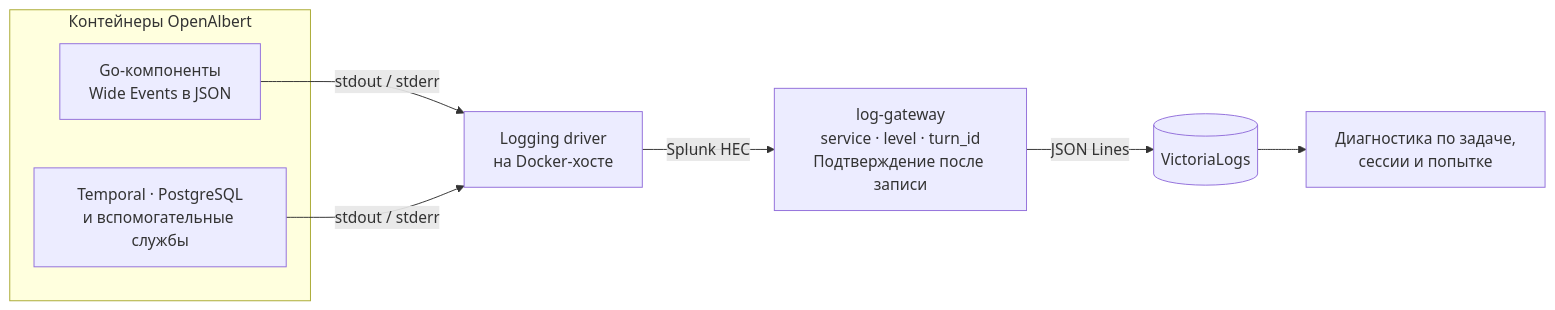
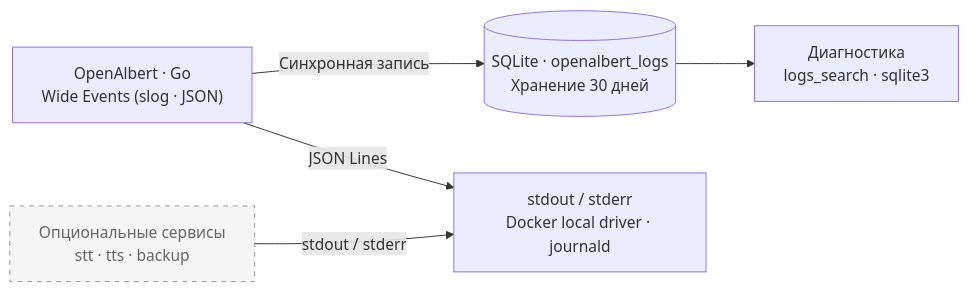
Before and after one commit to mishankov/OpenAlbert: the diagram in docs/diagrams/logging-pipeline.mmd, drawn with Mermaid. The commit also changed 201 other files, not shown here.

```diff
--- a/docs/diagrams/logging-pipeline.mmd
+++ b/docs/diagrams/logging-pipeline.mmd
@@ -1,16 +1,15 @@
 flowchart LR
-    accTitle: Доставка логов в VictoriaLogs
-    accDescr: Собственный код OpenAlbert формирует широкие события, инфраструктура пишет штатные логи, и все контейнеры отправляют потоки через logging driver в VictoriaLogs.
-    subgraph Containers["Контейнеры OpenAlbert"]
-        App["Go-компоненты<br/>Wide Events в JSON"]
-        Infra["Temporal · PostgreSQL<br/>и вспомогательные службы"]
-    end
-    Driver["Logging driver<br/>на Docker-хосте"]
-    Normalize["log-gateway<br/>service · level · turn_id<br/>Подтверждение после записи"]
-    Logs[("VictoriaLogs")]
-    Query["Диагностика по задаче,<br/>сессии и попытке"]
-    App -->|"stdout / stderr"| Driver
-    Infra -->|"stdout / stderr"| Driver
-    Driver -->|"Splunk HEC"| Normalize
-    Normalize -->|"JSON Lines"| Logs
-    Logs --> Query
+    accTitle: Хранение широких событий и вывод логов
+    accDescr: Go-приложение OpenAlbert формирует широкие события и одновременно пишет их во встроенную таблицу SQLite openalbert_logs и в stdout/stderr. Вспомогательные контейнеры пишут штатные логи в stdout/stderr под управлением Docker local driver.
+    App["OpenAlbert · Go<br/>Wide Events (slog · JSON)"]
+    Aux["Опциональные сервисы<br/>stt · tts · backup"]
+    SQLite[("SQLite · openalbert_logs<br/>Хранение 30 дней")]
+    Query["Диагностика<br/>logs_search · sqlite3"]
+    Stream["stdout / stderr<br/>Docker local driver · journald"]
+
+    App -->|"Синхронная запись"| SQLite
+    SQLite --> Query
+    App -->|"JSON Lines"| Stream
+    Aux -->|"stdout / stderr"| Stream
+    classDef optional fill:#f5f5f5,stroke:#999,stroke-dasharray:5 5,color:#666
+    class Aux optional
```
